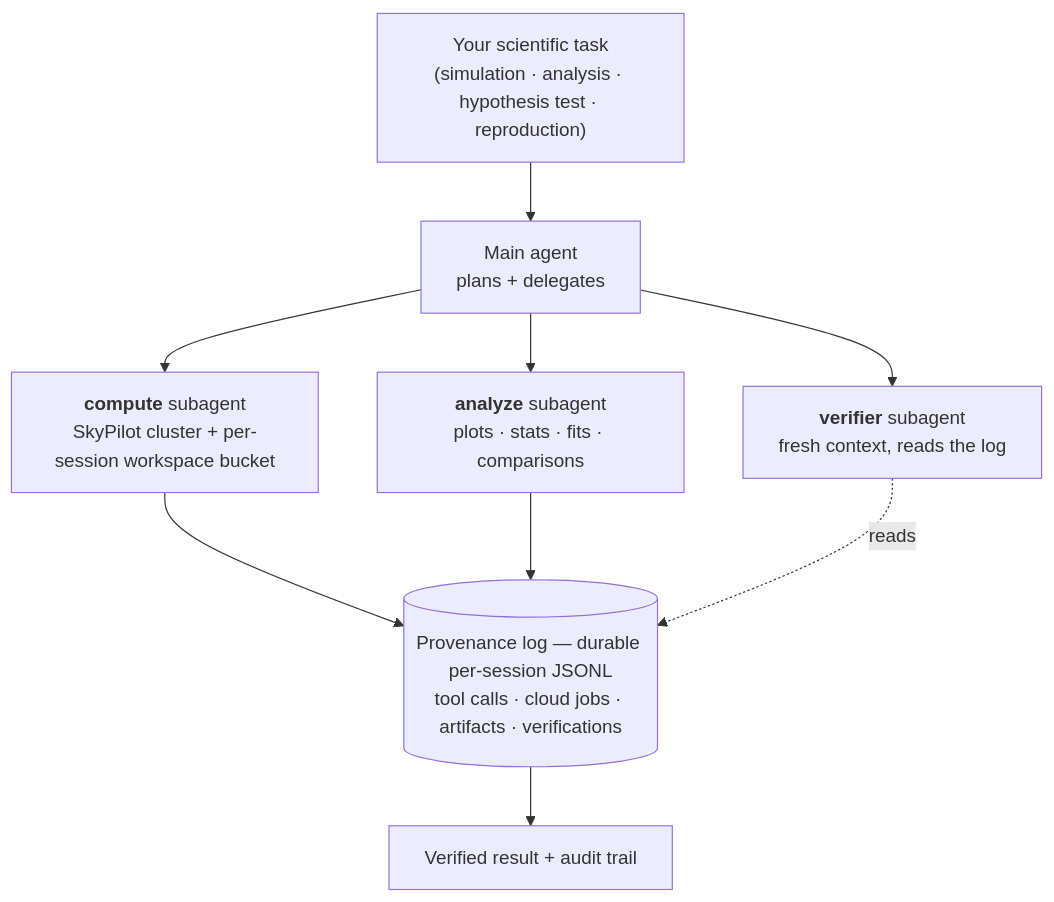
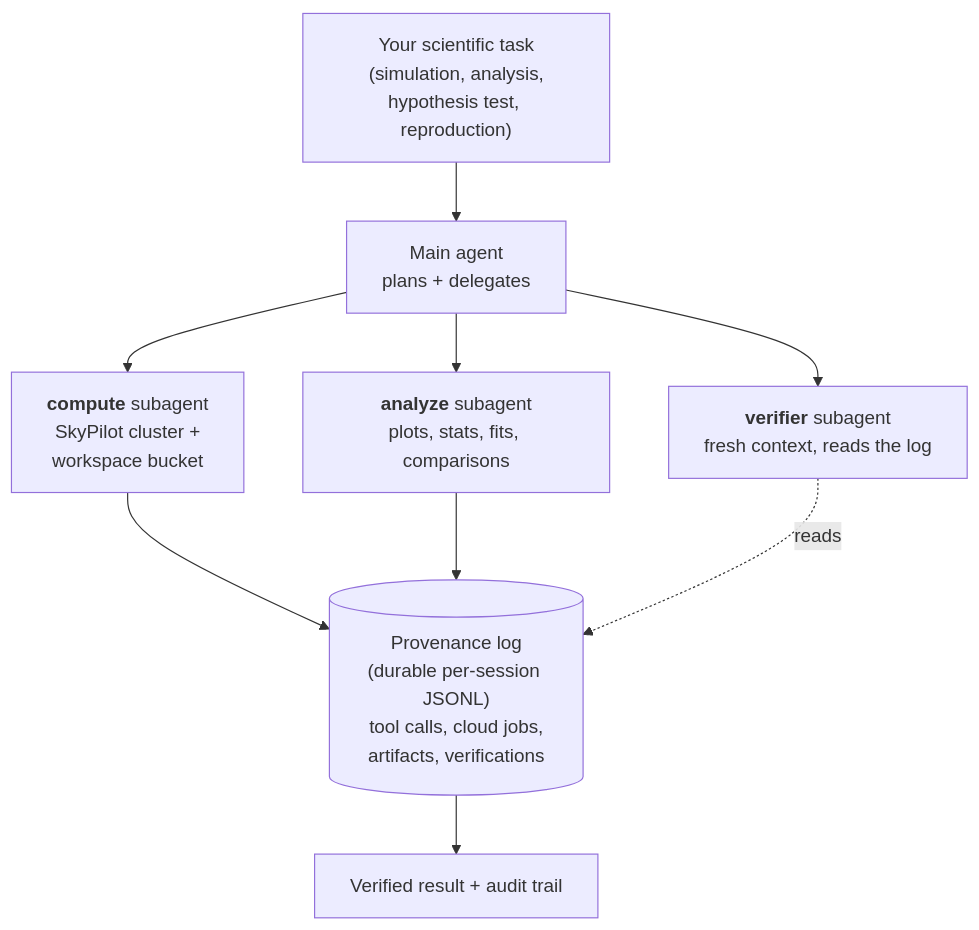
One commit to sciagent-ai/sciagent-cli changed the diagram in README.md. Above: the diagram before and after it, drawn with Mermaid.

Commit message:
Fixed text wrapping in docs.

````diff
--- a/README.md
+++ b/README.md
@@ -11,19 +11,19 @@
 ```mermaid
 flowchart TD
-    Goal["Your scientific task<br/>(simulation · analysis · hypothesis test · reproduction)"]
+    Goal["Your scientific task<br/>(simulation, analysis,<br/>hypothesis test, reproduction)"]
     Main["Main agent<br/>plans + delegates"]
-    Compute["<b>compute</b> subagent<br/>SkyPilot cluster + per-session workspace bucket"]
-    Analyze["<b>analyze</b> subagent<br/>plots · stats · fits · comparisons"]
+    Compute["<b>compute</b> subagent<br/>SkyPilot cluster +<br/>workspace bucket"]
+    Analyze["<b>analyze</b> subagent<br/>plots, stats, fits, comparisons"]
     Verifier["<b>verifier</b> subagent<br/>fresh context, reads the log"]
-    Log[("Provenance log — durable per-session JSONL<br/>tool calls · cloud jobs · artifacts · verifications")]
+    Log[("Provenance log<br/>(durable per-session JSONL)<br/>tool calls, cloud jobs,<br/>artifacts, verifications")]
     Result["Verified result + audit trail"]
 
     Goal --> Main
     Main --> Compute
     Main --> Analyze
     Main --> Verifier
     Compute --> Log
     Analyze --> Log
     Verifier -. reads .-> Log
     Log --> Result
 ```
````
